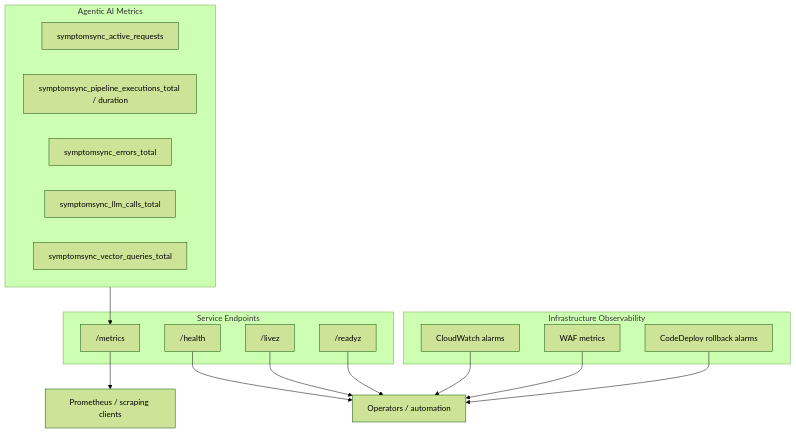
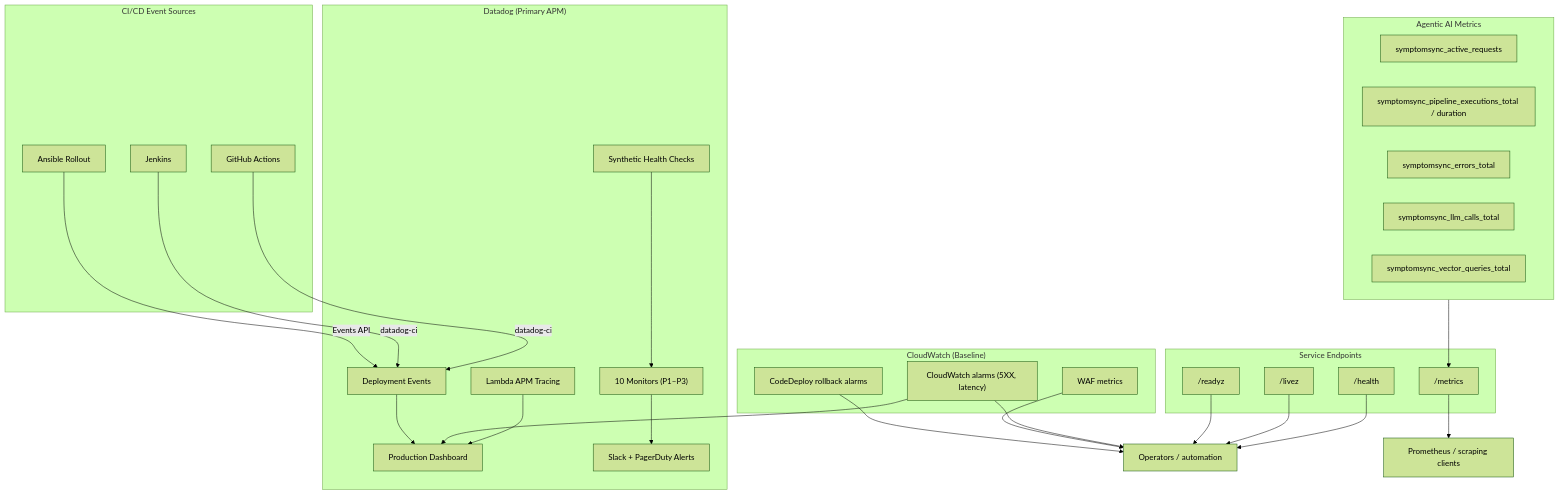
Before and after one commit to hoangsonww/SymptomSync-Health-App: diagram 18 of 20 in ARCHITECTURE.md, drawn with Mermaid (forest theme). The commit also changed other lines of this file and 23 other files, not shown here.

Commit message:
feat: Integrate Datadog observability with Terraform configuration and Docker setup

````diff
--- a/ARCHITECTURE.md
+++ b/ARCHITECTURE.md
@@ -515,33 +545,58 @@
 ```mermaid
 flowchart TD
+  subgraph DatadogPlatform["Datadog (Primary APM)"]
+    DDDash["Production Dashboard"]
+    DDMonitors["10 Monitors (P1–P3)"]
+    DDSynthetics["Synthetic Health Checks"]
+    DDTracing["Lambda APM Tracing"]
+    DDEvents["Deployment Events"]
+    DDAlerts["Slack + PagerDuty Alerts"]
+  end
+
   subgraph AppMetrics["Agentic AI Metrics"]
     Requests["symptomsync_active_requests"]
     Pipeline["symptomsync_pipeline_executions_total / duration"]
     Errors["symptomsync_errors_total"]
     LLMCalls["symptomsync_llm_calls_total"]
     VectorQueries["symptomsync_vector_queries_total"]
   end
 
   subgraph EndpointLayer["Service Endpoints"]
     Health["/health"]
     Livez["/livez"]
     Readyz["/readyz"]
     Metrics["/metrics"]
   end
 
-  subgraph InfraObs["Infrastructure Observability"]
-    CW["CloudWatch alarms"]
+  subgraph InfraObs["CloudWatch (Baseline)"]
+    CW["CloudWatch alarms (5XX, latency)"]
     WAFMetrics["WAF metrics"]
     DeployAlarms["CodeDeploy rollback alarms"]
   end
+
+  subgraph CICDSources["CI/CD Event Sources"]
+    GHActions["GitHub Actions"]
+    JenkinsPipe["Jenkins"]
+    AnsibleRoll["Ansible Rollout"]
+  end
+
+  DDTracing --> DDDash
+  DDMonitors --> DDAlerts
+  DDSynthetics --> DDMonitors
+  CW --> DDDash
+
+  GHActions -->|"datadog-ci"| DDEvents
+  JenkinsPipe -->|"datadog-ci"| DDEvents
+  AnsibleRoll -->|"Events API"| DDEvents
+  DDEvents --> DDDash
 
   AppMetrics --> Metrics
   Health --> Operator["Operators / automation"]
   Livez --> Operator
   Readyz --> Operator
   Metrics --> Prom["Prometheus / scraping clients"]
 
   CW --> Operator
   WAFMetrics --> Operator
   DeployAlarms --> Operator
 ```
````
